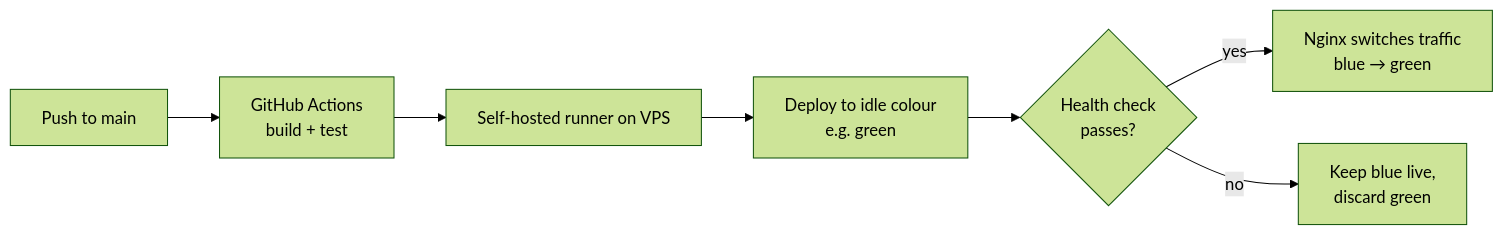
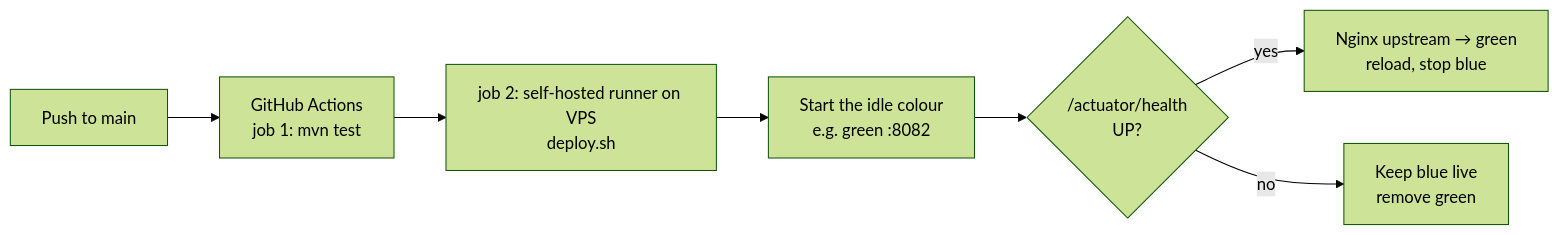
One commit to prakash-434/product-sync-platform changed the third of 3 diagrams in README.md. Above: the diagram before and after it, drawn with Mermaid (forest theme). The commit also changed other lines of this file, not shown here.

Commit message:
Rewrite README as an architecture and interview guide

````diff
--- a/README.md
+++ b/README.md
@@ -61,9 +76,9 @@
 ```mermaid
 flowchart LR
-    GH[Push to main] --> GA[GitHub Actions<br/>build + test]
-    GA --> SR[Self-hosted runner on VPS]
-    SR --> G[Deploy to idle colour<br/>e.g. green]
-    G --> HC{Health check<br/>passes?}
-    HC -->|yes| SW[Nginx switches traffic<br/>blue → green]
-    HC -->|no| RB[Keep blue live,<br/>discard green]
+    GH[Push to main] --> T[GitHub Actions<br/>job 1: mvn test]
+    T --> D[job 2: self-hosted runner on VPS<br/>deploy.sh]
+    D --> NEW[Start the idle colour<br/>e.g. green :8082]
+    NEW --> HC{/actuator/health<br/>UP?}
+    HC -->|yes| SW[Nginx upstream → green<br/>reload, stop blue]
+    HC -->|no| RB[Keep blue live<br/>remove green]
 ```
````
